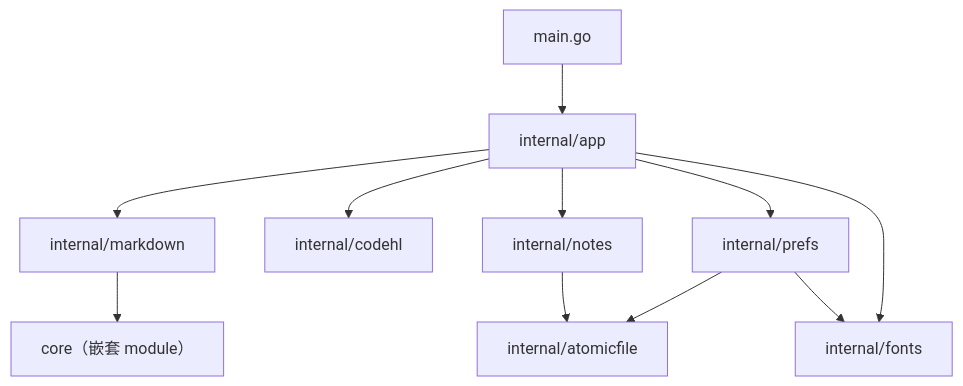
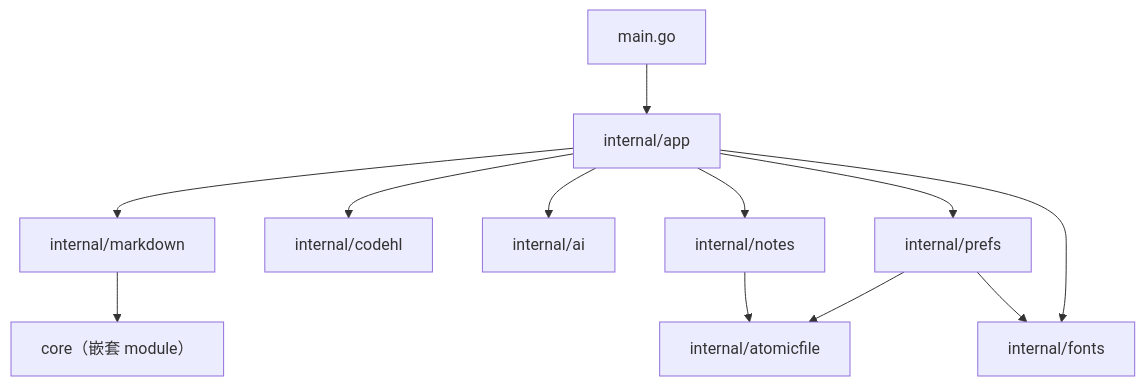
One commit to gomeen/Zakki changed the diagram in docs/engineering-standard.md. Above: the diagram before and after it, drawn with Mermaid. The commit also changed other lines of this file and 7 other files, not shown here.

````diff
--- a/docs/engineering-standard.md
+++ b/docs/engineering-standard.md
@@ -47,22 +48,24 @@
 ```mermaid
 flowchart TD
     entry["main.go"]
     appPkg["internal/app"]
     mdPkg["internal/markdown"]
     hlPkg["internal/codehl"]
+    aiPkg["internal/ai"]
     notesPkg["internal/notes"]
     prefsPkg["internal/prefs"]
     fontsPkg["internal/fonts"]
     atomicPkg["internal/atomicfile"]
     corePkg["core（嵌套 module）"]
     entry --> appPkg
     appPkg --> mdPkg
     appPkg --> hlPkg
+    appPkg --> aiPkg
     appPkg --> notesPkg
     appPkg --> prefsPkg
     appPkg --> fontsPkg
     prefsPkg --> atomicPkg
     prefsPkg --> fontsPkg
     notesPkg --> atomicPkg
     mdPkg --> corePkg
 ```
````
